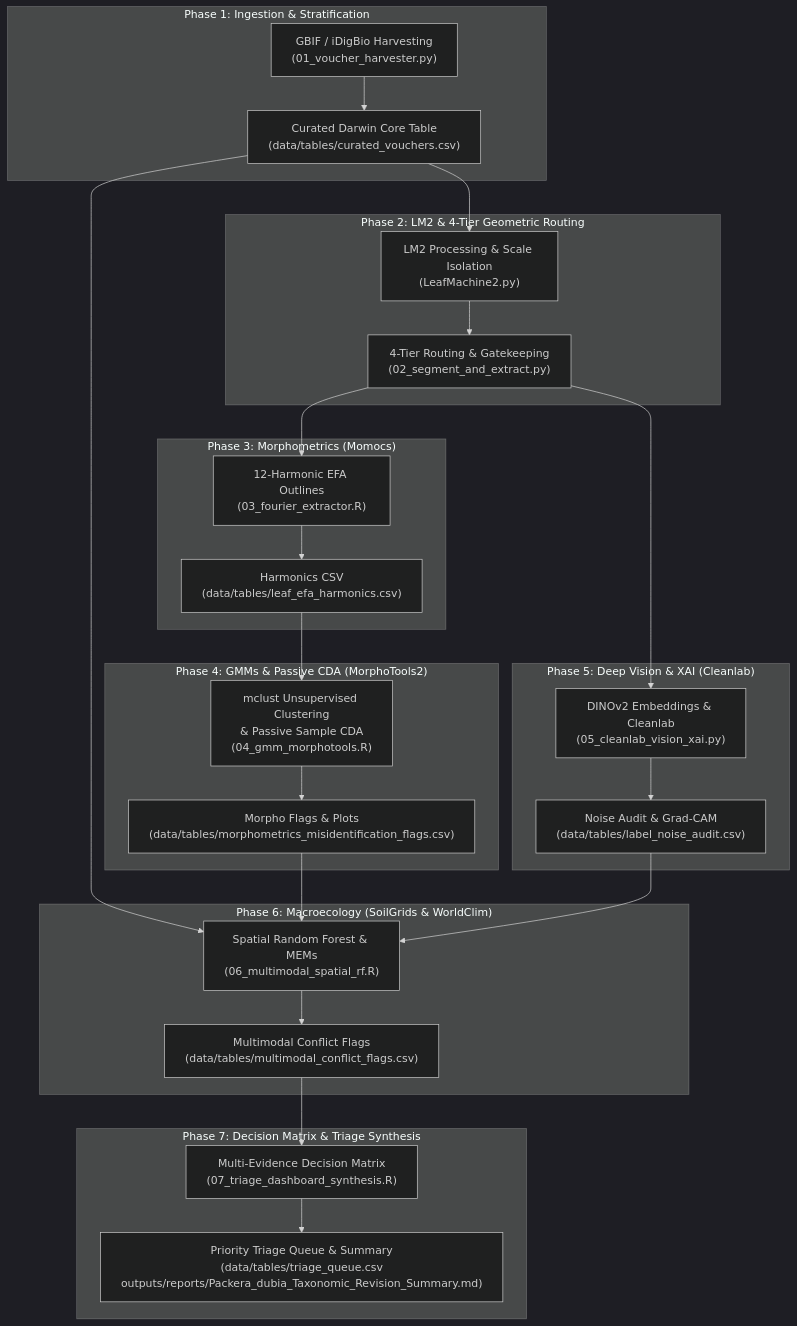
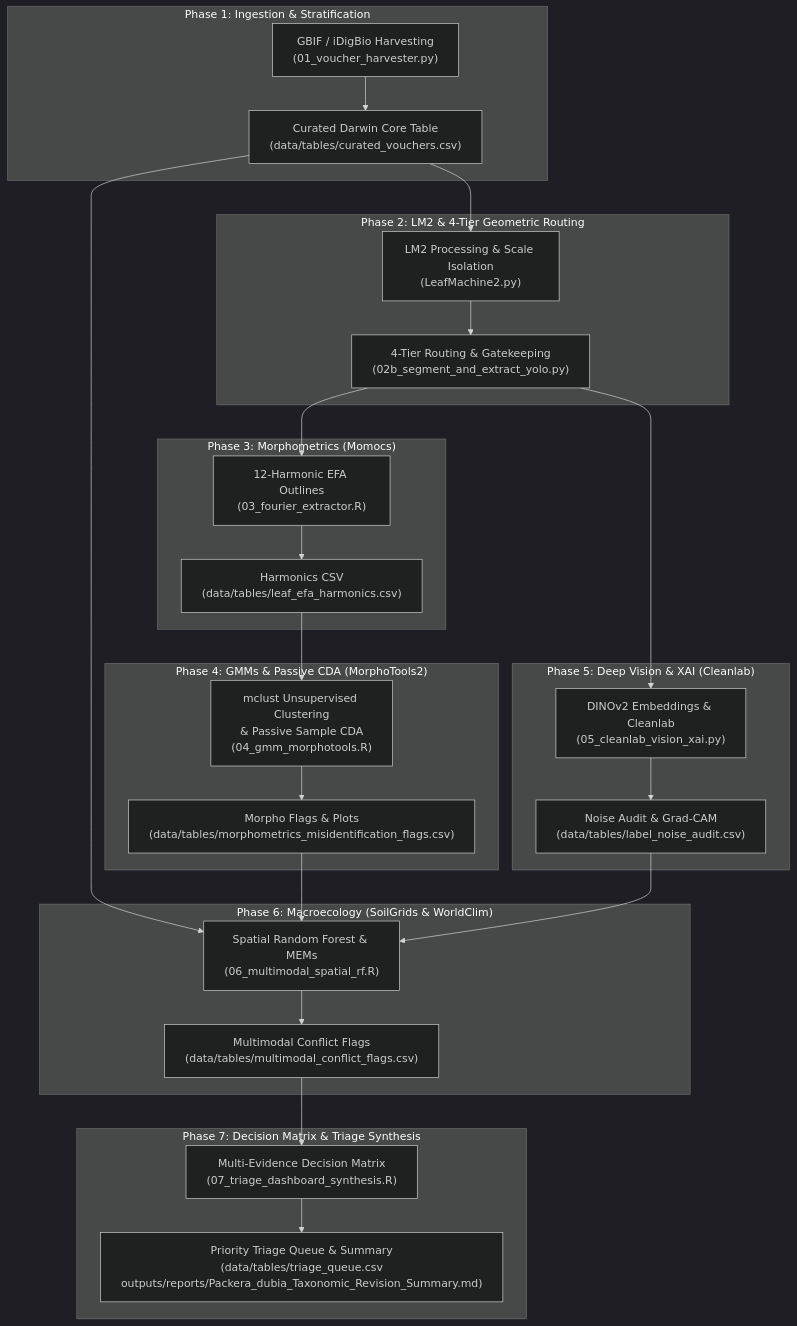
One commit to Plantatsrophe/Packera_dubia_morphometrics changed the diagram in docs/WORKFLOW_GUIDE.md. Above: the diagram before and after it, drawn with Mermaid (dark theme). The commit also changed other lines of this file and 6 other files, not shown here.

````diff
--- a/docs/WORKFLOW_GUIDE.md
+++ b/docs/WORKFLOW_GUIDE.md
@@ -112,36 +112,36 @@
 ```mermaid
 flowchart TD
     subgraph P1["Phase 1: Ingestion & Stratification"]
         A["GBIF / iDigBio Harvesting\n(01_voucher_harvester.py)"] --> B["Curated Darwin Core Table\n(data/tables/curated_vouchers.csv)"]
     end
 
     subgraph P2["Phase 2: LM2 & 4-Tier Geometric Routing"]
         B --> C["LM2 Processing & Scale Isolation\n(LeafMachine2.py)"]
-        C --> D["4-Tier Routing & Gatekeeping\n(02_segment_and_extract.py)"]
+        C --> D["4-Tier Routing & Gatekeeping\n(02b_segment_and_extract_yolo.py)"]
     end
 
     subgraph P3["Phase 3: Morphometrics (Momocs)"]
         D --> E["12-Harmonic EFA Outlines\n(03_fourier_extractor.R)"]
         E --> F["Harmonics CSV\n(data/tables/leaf_efa_harmonics.csv)"]
     end
 
     subgraph P4["Phase 4: GMMs & Passive CDA (MorphoTools2)"]
         F --> G["mclust Unsupervised Clustering\n& Passive Sample CDA\n(04_gmm_morphotools.R)"]
         G --> H["Morpho Flags & Plots\n(data/tables/morphometrics_misidentification_flags.csv)"]
     end
 
     subgraph P5["Phase 5: Deep Vision & XAI (Cleanlab)"]
         D --> I["DINOv2 Embeddings & Cleanlab\n(05_cleanlab_vision_xai.py)"]
         I --> J["Noise Audit & Grad-CAM\n(data/tables/label_noise_audit.csv)"]
     end
 
     subgraph P6["Phase 6: Macroecology (SoilGrids & WorldClim)"]
         B & H & J --> K["Spatial Random Forest & MEMs\n(06_multimodal_spatial_rf.R)"]
         K --> L["Multimodal Conflict Flags\n(data/tables/multimodal_conflict_flags.csv)"]
     end
 
     subgraph P7["Phase 7: Decision Matrix & Triage Synthesis"]
         L --> M["Multi-Evidence Decision Matrix\n(07_triage_dashboard_synthesis.R)"]
         M --> N["Priority Triage Queue & Summary\n(data/tables/triage_queue.csv\noutputs/reports/Packera_dubia_Taxonomic_Revision_Summary.md)"]
     end
 ```
````
